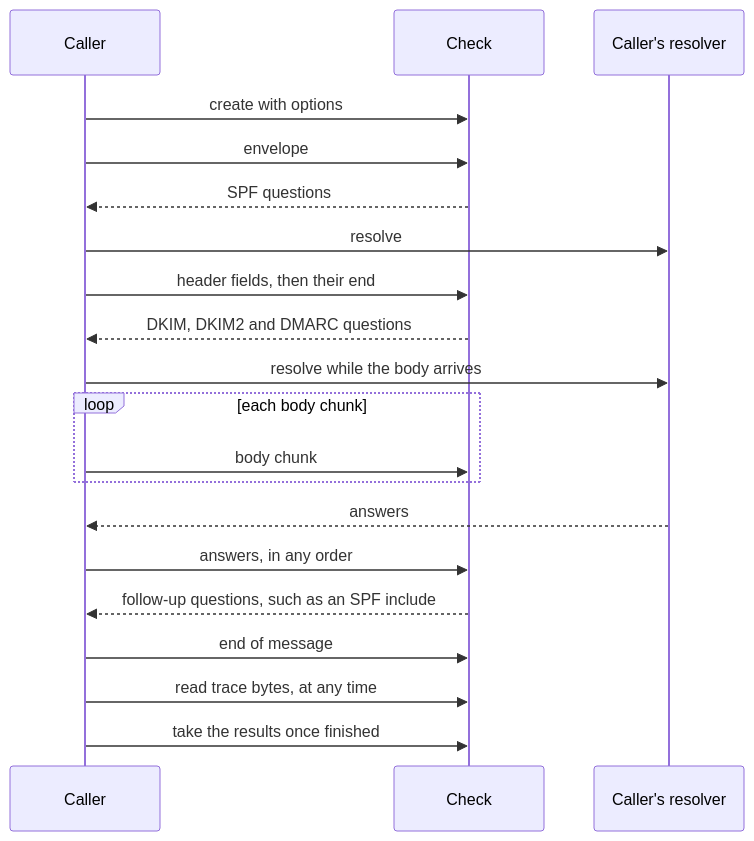
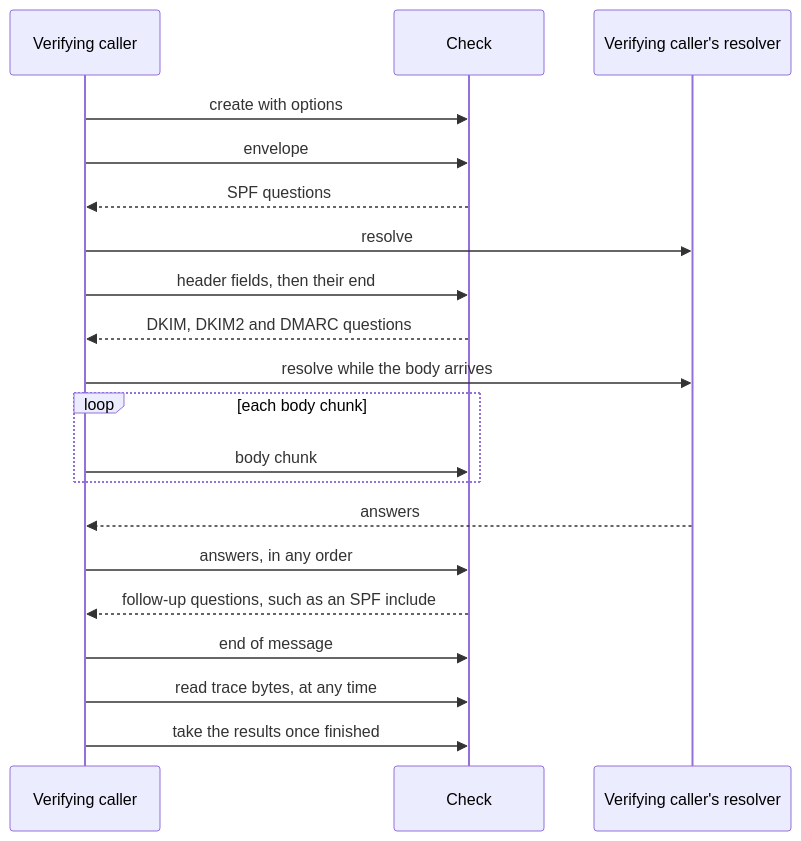
One commit to photom/hallmark changed the first of 9 diagrams in docs/reference/design/lifecycle.md. Above: the diagram before and after it, drawn with Mermaid. The commit also changed other lines of this file and 45 other files, not shown here.

````diff
--- a/docs/reference/design/lifecycle.md
+++ b/docs/reference/design/lifecycle.md
@@ -18,22 +18,22 @@
 ```mermaid
 sequenceDiagram
-    participant Caller
+    participant Caller as Verifying caller
     participant Check
-    participant Resolver as Caller's resolver
+    participant Resolver as Verifying caller's resolver
     Caller->>Check: create with options
     Caller->>Check: envelope
     Check-->>Caller: SPF questions
     Caller->>Resolver: resolve
     Caller->>Check: header fields, then their end
     Check-->>Caller: DKIM, DKIM2 and DMARC questions
     Caller->>Resolver: resolve while the body arrives
     loop each body chunk
         Caller->>Check: body chunk
     end
     Resolver-->>Caller: answers
     Caller->>Check: answers, in any order
     Check-->>Caller: follow-up questions, such as an SPF include
     Caller->>Check: end of message
     Caller->>Check: read trace bytes, at any time
     Caller->>Check: take the results once finished
 ```
````
